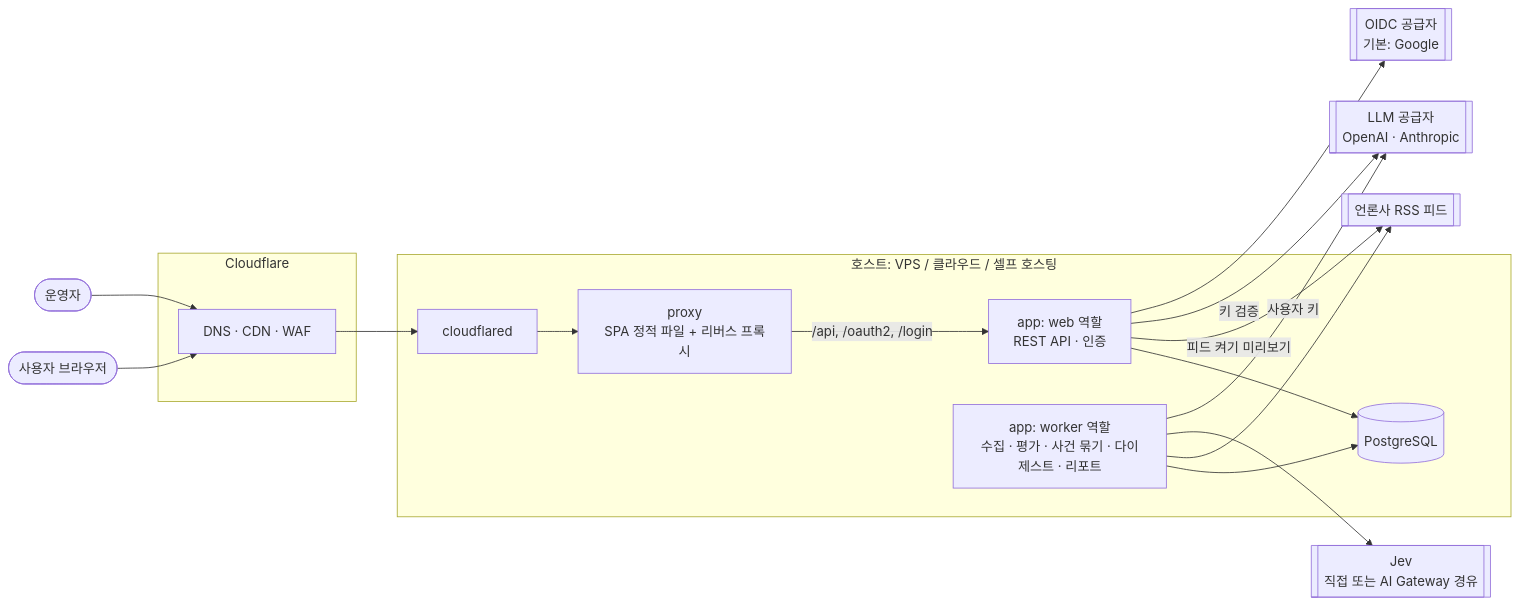
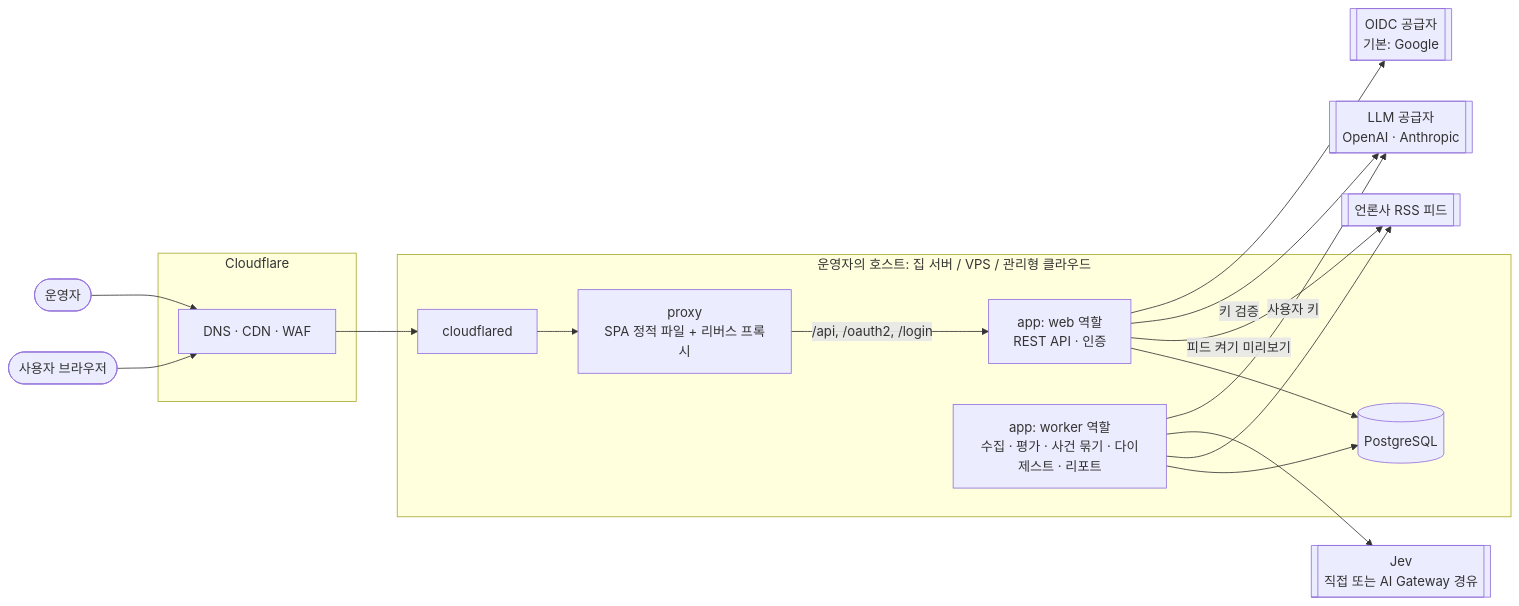
The first of 2 diagrams in docs/overview.md (Theia0382/yozm-news), drawn with Mermaid before and after one commit. The commit also changed other lines of this file and 11 other files, not shown here.

````diff
--- a/docs/overview.md
+++ b/docs/overview.md
@@ -73,31 +74,31 @@
 ```mermaid
 flowchart LR
     user([사용자 브라우저])
     admin([운영자])
     subgraph CF[Cloudflare]
         edge[DNS · CDN · WAF]
     end
-    subgraph Host[호스트: VPS / 클라우드 / 셀프 호스팅]
+    subgraph Host[운영자의 호스트: 집 서버 / VPS / 관리형 클라우드]
         tunnel[cloudflared]
         proxy[proxy<br/>SPA 정적 파일 + 리버스 프록시]
         web[app: web 역할<br/>REST API · 인증]
         worker[app: worker 역할<br/>수집 · 평가 · 사건 묶기 · 다이제스트 · 리포트]
         db[(PostgreSQL)]
     end
     feeds[[언론사 RSS 피드]]
     jev[[Jev<br/>직접 또는 AI Gateway 경유]]
     llm[[LLM 공급자<br/>OpenAI · Anthropic]]
     oauth[[OIDC 공급자<br/>기본: Google]]
 
     user --> edge --> tunnel --> proxy
     admin --> edge
     proxy -->|/api, /oauth2, /login| web
     web --> db
     worker --> db
     worker --> feeds
     web -->|피드 켜기 미리보기| feeds
     worker --> jev
     worker -->|사용자 키| llm
     web -->|키 검증| llm
     web --> oauth
 ```
````
